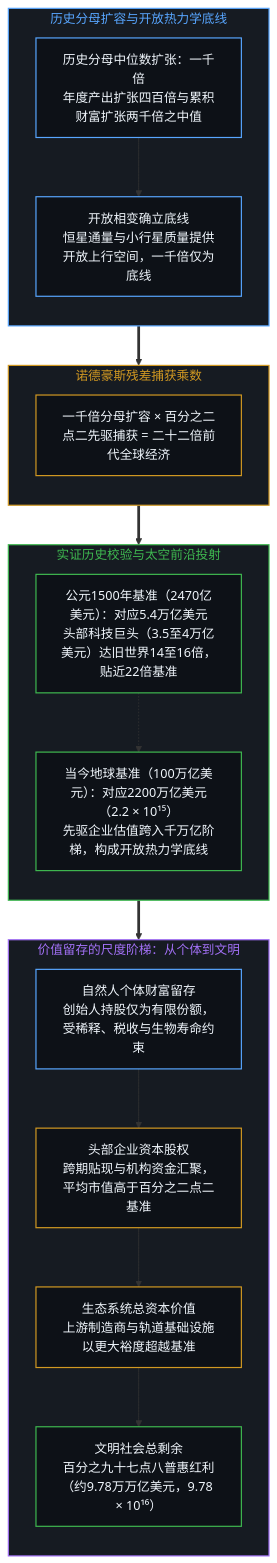
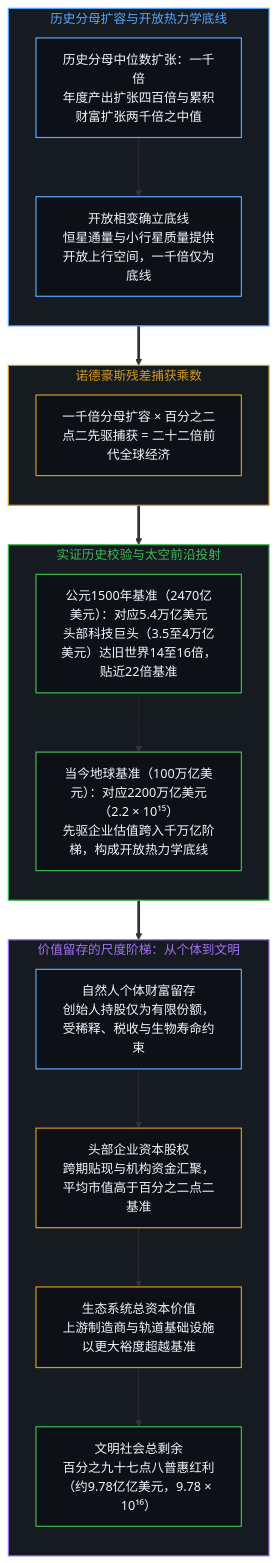
Before and after one commit to powerpig99/not-a-toe: the seventh of 14 diagrams in content/posts/beyond-the-hundred-trillion-horizon.md, drawn with Mermaid. The commit also changed other lines of this file and 1 other file, not shown here.

````diff
--- a/content/posts/beyond-the-hundred-trillion-horizon.md
+++ b/content/posts/beyond-the-hundred-trillion-horizon.md
@@ -249,39 +249,39 @@
 ```mermaid
 flowchart TD
     classDef default fill:#0d1117,stroke:#30363d,stroke-width:1px,color:#f0f6fc;
     classDef mind fill:#0d1117,stroke:#3fb950,stroke-width:1.5px,color:#f0f6fc;
     classDef warn fill:#0d1117,stroke:#d29922,stroke-width:1.5px,color:#f0f6fc;
     classDef fail fill:#0d1117,stroke:#f85149,stroke-width:1.5px,color:#f0f6fc;
     classDef model fill:#0d1117,stroke:#58a6ff,stroke-width:1.5px,color:#f0f6fc;
     subgraph S_DENOM_ZH ["历史分母扩容与开放热力学底线"]
         direction TB
         MEDIAN["历史分母中位数扩张：一千倍<br/>年度产出扩张四百倍与累积财富扩张两千倍之中值"]:::model
         FLOOR["开放相变确立底线<br/>恒星通量与小行星质量提供开放上行空间，一千倍仅为底线"]:::model
         MEDIAN --> FLOOR
     end
     subgraph S_FORMULA_ZH ["诺德豪斯残差捕获乘数"]
         direction TB
         CALC["一千倍分母扩容 × 百分之二点二先驱捕获 = 二十二倍前代全球经济"]:::warn
     end
     subgraph S_MAPPING_ZH ["实证历史校验与太空前沿投射"]
         direction TB
         HIST_VAL["公元1500年基准（2470亿美元）：对应5.4万亿美元<br/>头部科技巨头（3.5至4万亿美元）达旧世界14至16倍，贴近22倍基准"]:::mind
         SPACE_VAL["当今地球基准（100万亿美元）：对应2200万亿美元（2.2 × 10¹⁵）<br/>先驱企业估值跨入千万亿阶梯，构成开放热力学底线"]:::mind
         HIST_VAL -.-> SPACE_VAL
     end
     subgraph S_LADDER_ZH ["价值留存的尺度阶梯：从个体到文明"]
         direction TB
         INDIV["自然人个体财富留存<br/>创始人持股仅为有限份额，受稀释、税收与生物寿命约束"]:::model
         CORP["头部企业资本股权<br/>跨期贴现与机构资金汇聚，平均市值高于百分之二点二基准"]:::warn
         ECOSYS["生态系统总资本价值<br/>上游制造商与轨道基础设施以更大裕度超越基准"]:::warn
-        SURPLUS["文明社会总剩余<br/>百分之九十七点八普惠红利（约9.78万万亿美元，9.78 × 10¹⁶）"]:::mind
+        SURPLUS["文明社会总剩余<br/>百分之九十七点八普惠红利（约9.78亿亿美元，9.78 × 10¹⁶）"]:::mind
         INDIV --> CORP --> ECOSYS --> SURPLUS
     end
     S_DENOM_ZH ==> S_FORMULA_ZH
     S_FORMULA_ZH ==> S_MAPPING_ZH
     S_MAPPING_ZH ==> S_LADDER_ZH
     style S_DENOM_ZH fill:#161b22,stroke:#58a6ff,stroke-width:1.5px,color:#58a6ff
     style S_FORMULA_ZH fill:#161b22,stroke:#d29922,stroke-width:1.5px,color:#d29922
     style S_MAPPING_ZH fill:#161b22,stroke:#3fb950,stroke-width:1.5px,color:#3fb950
     style S_LADDER_ZH fill:#161b22,stroke:#a371f7,stroke-width:1.5px,color:#a371f7
 ```
````
